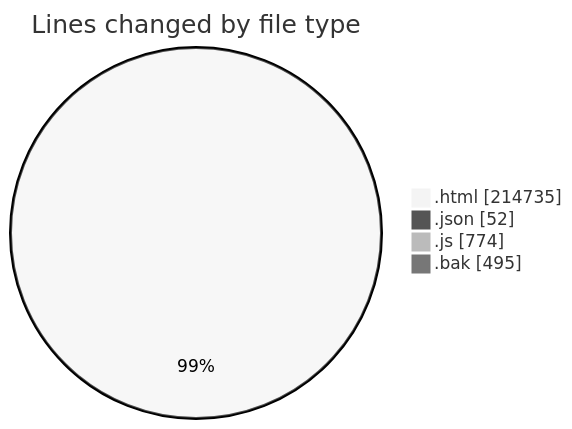
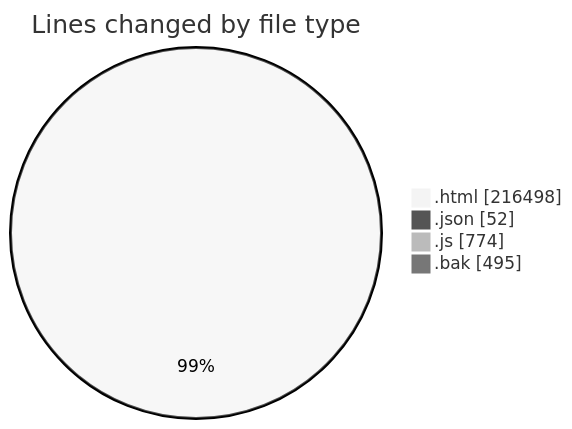
Before and after one commit to vahidmafi/code-tracking: the first of 2 diagrams in 2025-09-16/www/README.md, drawn with Mermaid (neutral theme). The commit also changed other lines of this file and 1 other file, not shown here.

````diff
--- a/2025-09-16/www/README.md
+++ b/2025-09-16/www/README.md
@@ -319,8 +319,8 @@
 ```mermaid
 pie showData
 title Lines changed by file type
-".html" : 214735
+".html" : 216498
 ".json" : 52
 ".js" : 774
 ".bak" : 495
 ```
````
